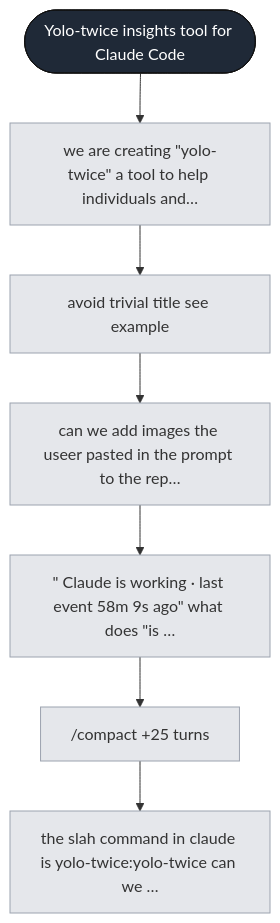
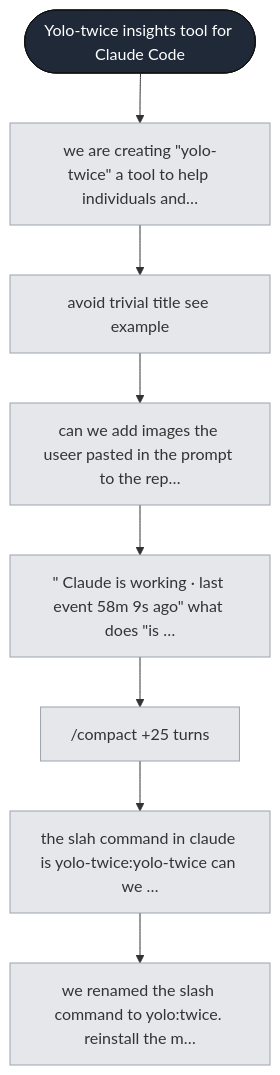
The diagram in .yolo-twice/sessions/34b27ceb-5af1-4142-8334-ab80a4310636/graph.L1.mmd (bar9/yolo-twice), drawn with Mermaid before and after one commit. The commit also changed 17 other files, not shown here.

```diff
--- a/.yolo-twice/sessions/34b27ceb-5af1-4142-8334-ab80a4310636/graph.L1.mmd
+++ b/.yolo-twice/sessions/34b27ceb-5af1-4142-8334-ab80a4310636/graph.L1.mmd
@@ -1,30 +1,33 @@
 flowchart TD
   s_34b27ceb_5af1_4142_8334_ab80a4310636(["Yolo-twice insights tool for Claude Code"])
   p1["we are creating #quot;yolo-twice#quot; a tool to help individuals and…"]
   p2["avoid trivial title see example"]
   p3["can we add images the useer pasted in the prompt to the rep…"]
   p4["#quot; Claude is working · last event 58m 9s ago#quot; what does #quot;is …"]
   p5["/compact  +25 turns "]
   p6["the slah command in claude is yolo-twice:yolo-twice can we …"]
+  p7["we renamed the slash command to yolo:twice. reinstall the m…"]
   s_34b27ceb_5af1_4142_8334_ab80a4310636 --> p1
   p1 --> p2
   p2 --> p3
   p3 --> p4
   p4 --> p5
   p5 --> p6
+  p6 --> p7
   classDef session fill:#1f2937,color:#fff,stroke:#111;
   classDef phase fill:#e5e7eb,stroke:#9ca3af;
   classDef turn fill:#dbeafe,stroke:#60a5fa;
   classDef branch fill:#fde68a,stroke:#d97706;
   classDef subagent fill:#ede9fe,stroke:#8b5cf6;
   classDef tool fill:#dcfce7,stroke:#22c55e;
   classDef error fill:#fee2e2,stroke:#ef4444;
   classDef text fill:#f3f4f6,stroke:#9ca3af;
   classDef thinking fill:#f3f4f6,stroke:#d1d5db,stroke-dasharray: 3 3;
   class s_34b27ceb_5af1_4142_8334_ab80a4310636 session;
   class p1 phase;
   class p2 phase;
   class p3 phase;
   class p4 phase;
   class p5 phase;
   class p6 phase;
+  class p7 phase;
```
